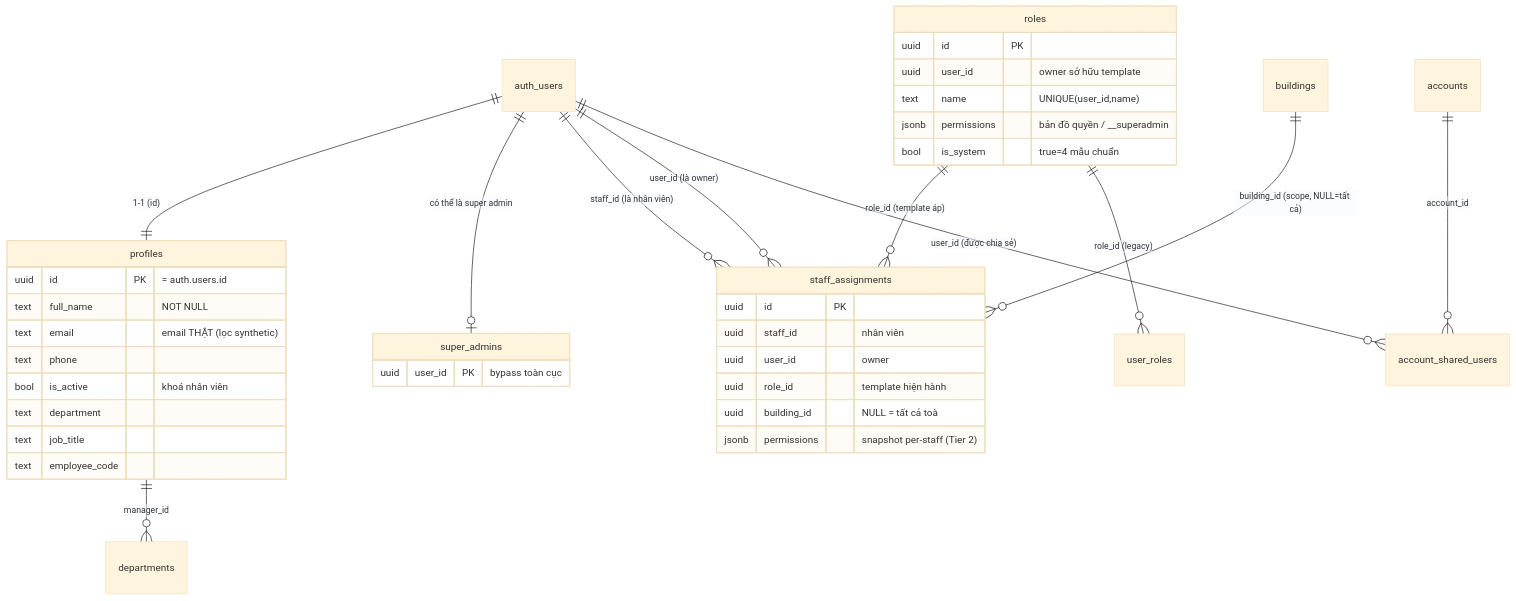
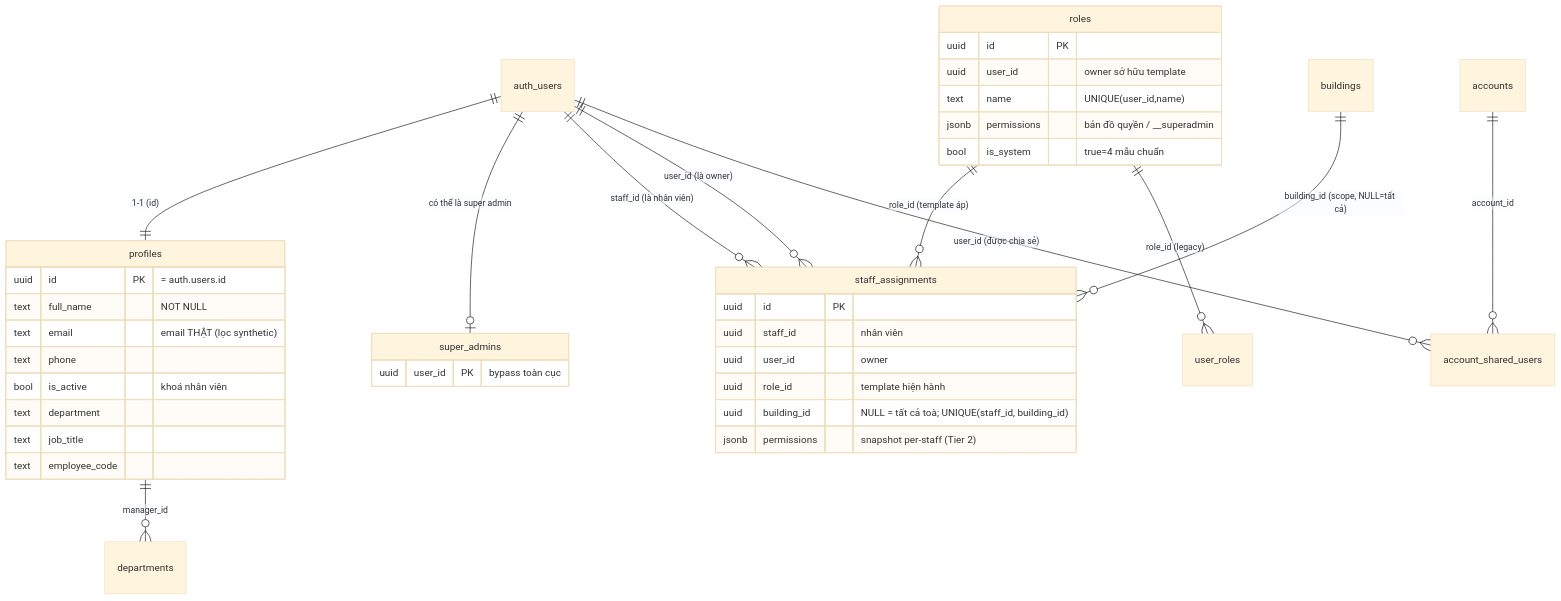
The first of 4 diagrams in docs/he-thong/01-phan-quyen-nhan-su.md (zxGreenxz/whiteboard-ihomecrm), drawn with Mermaid (base theme) before and after one commit. The commit also changed other lines of this file and 17 other files, not shown here.

````diff
--- a/docs/he-thong/01-phan-quyen-nhan-su.md
+++ b/docs/he-thong/01-phan-quyen-nhan-su.md
@@ -153,42 +182,42 @@
 ```mermaid
 erDiagram
     auth_users ||--|| profiles : "1-1 (id)"
     auth_users ||--o| super_admins : "có thể là super admin"
     auth_users ||--o{ staff_assignments : "staff_id (là nhân viên)"
     auth_users ||--o{ staff_assignments : "user_id (là owner)"
     roles ||--o{ staff_assignments : "role_id (template áp)"
     roles ||--o{ user_roles : "role_id (legacy)"
     buildings ||--o{ staff_assignments : "building_id (scope, NULL=tất cả)"
     profiles ||--o{ departments : "manager_id"
     accounts ||--o{ account_shared_users : "account_id"
     auth_users ||--o{ account_shared_users : "user_id (được chia sẻ)"
 
     profiles {
         uuid id PK "= auth.users.id"
         text full_name "NOT NULL"
         text email "email THẬT (lọc synthetic)"
         text phone
         bool is_active "khoá nhân viên"
         text department
         text job_title
         text employee_code
     }
     roles {
         uuid id PK
         uuid user_id "owner sở hữu template"
         text name "UNIQUE(user_id,name)"
         jsonb permissions "bản đồ quyền / __superadmin"
         bool is_system "true=4 mẫu chuẩn"
     }
     staff_assignments {
         uuid id PK
         uuid staff_id "nhân viên"
         uuid user_id "owner"
         uuid role_id "template hiện hành"
-        uuid building_id "NULL = tất cả toà"
+        uuid building_id "NULL = tất cả toà; UNIQUE(staff_id, building_id)"
         jsonb permissions "snapshot per-staff (Tier 2)"
     }
     super_admins {
         uuid user_id PK "bypass toàn cục"
     }
 ```
````
